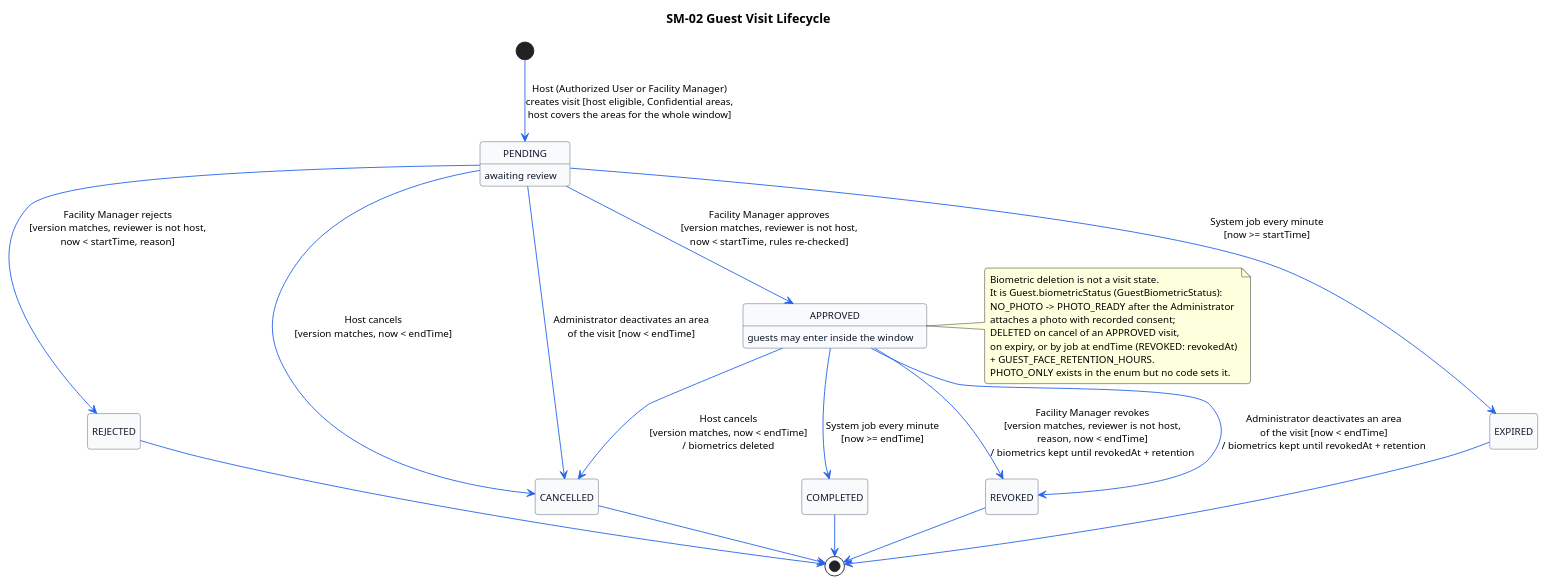
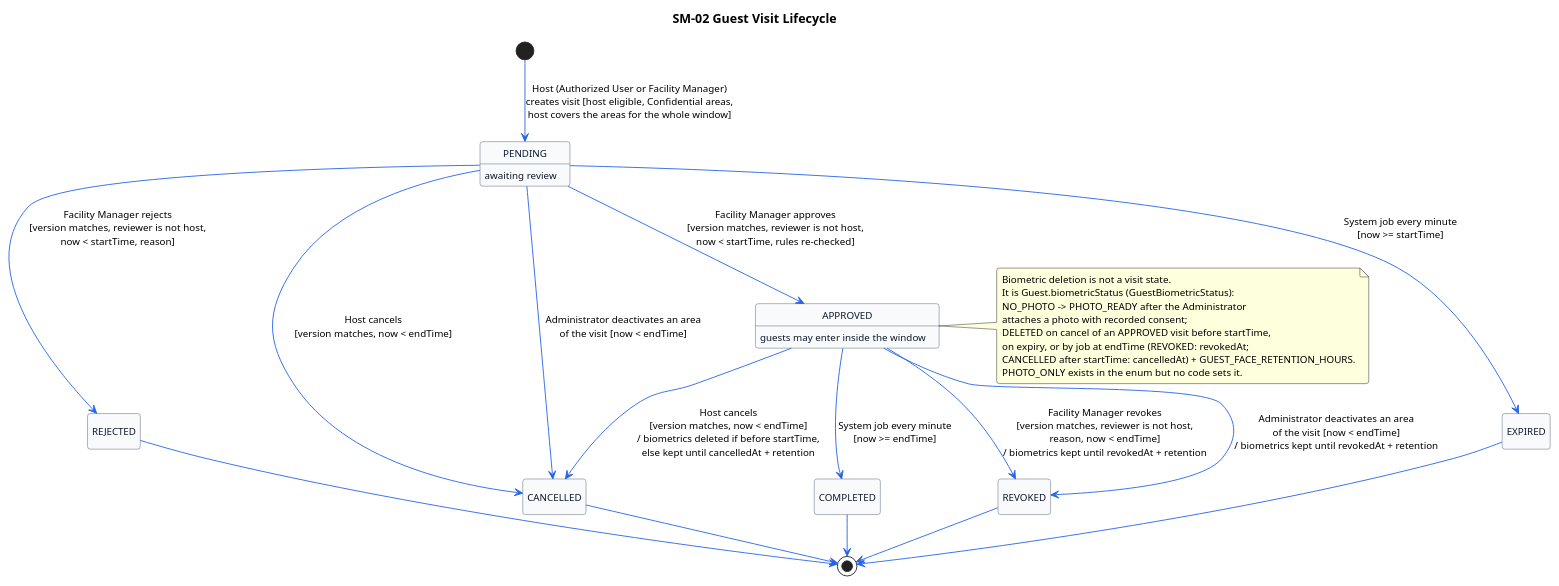
Before and after one commit to AnhHao2505/AI-Based-Intelligent-Campus-Security-Surveillance-System: the diagram in docs/diagrams/state-guest-visit.puml, drawn with PlantUML. The commit also changed 12 other files, not shown here.

Commit message:
fix(guest): cancelling a started visit keeps biometrics for the retention period

```diff
--- a/docs/diagrams/state-guest-visit.puml
+++ b/docs/diagrams/state-guest-visit.puml
@@ -1,59 +1,59 @@
 @startuml state-guest-visit
 ' Title: SM-02 Guest visit lifecycle (PlantUML version of state-guest-visit.mmd, keep both in sync)
 ' Source: enums/GuestVisitStatus.java, service/GuestVisitService.java (create, review, cancel, revoke,
 '   closeForAreaDeactivation), service/GuestVisitJobService.java, scheduler/GuestVisitScheduler.java · Generated from main @ e474968
 skinparam backgroundColor #FFFFFF
 skinparam defaultFontName Arial
 skinparam defaultFontSize 11
 skinparam roundCorner 6
 skinparam shadowing false
 skinparam nodesep 65
 skinparam ranksep 45
 skinparam stateStartColor #000000
 skinparam stateEndColor #000000
 skinparam stateBackgroundColor #F8FAFC
 skinparam stateBorderColor #475569
 skinparam stateFontColor #0F172A
 skinparam stateArrowColor #2563EB
 hide empty description
 
 title SM-02 Guest Visit Lifecycle
 
 state PENDING : awaiting review
 state APPROVED : guests may enter inside the window
 state REJECTED
 state CANCELLED
 state REVOKED
 state EXPIRED
 state COMPLETED
 
 [*] --> PENDING : Host (Authorized User or Facility Manager)\ncreates visit [host eligible, Confidential areas,\nhost covers the areas for the whole window]
 
 PENDING --> APPROVED : Facility Manager approves\n[version matches, reviewer is not host,\nnow < startTime, rules re-checked]
 PENDING --> REJECTED : Facility Manager rejects\n[version matches, reviewer is not host,\nnow < startTime, reason]
 PENDING --> CANCELLED : Host cancels\n[version matches, now < endTime]
 PENDING --> CANCELLED : Administrator deactivates an area\nof the visit [now < endTime]
 PENDING --> EXPIRED : System job every minute\n[now >= startTime]
 
-APPROVED --> CANCELLED : Host cancels\n[version matches, now < endTime]\n/ biometrics deleted
+APPROVED --> CANCELLED : Host cancels\n[version matches, now < endTime]\n/ biometrics deleted if before startTime,\nelse kept until cancelledAt + retention
 APPROVED --> REVOKED : Facility Manager revokes\n[version matches, reviewer is not host,\nreason, now < endTime]\n/ biometrics kept until revokedAt + retention
 APPROVED --> REVOKED : Administrator deactivates an area\nof the visit [now < endTime]\n/ biometrics kept until revokedAt + retention
 APPROVED --> COMPLETED : System job every minute\n[now >= endTime]
 
 REJECTED --> [*]
 CANCELLED --> [*]
 REVOKED --> [*]
 EXPIRED --> [*]
 COMPLETED --> [*]
 
 note right of APPROVED
   Biometric deletion is not a visit state.
   It is Guest.biometricStatus (GuestBiometricStatus):
   NO_PHOTO -> PHOTO_READY after the Administrator
   attaches a photo with recorded consent;
-  DELETED on cancel of an APPROVED visit,
-  on expiry, or by job at endTime (REVOKED: revokedAt)
-  + GUEST_FACE_RETENTION_HOURS.
+  DELETED on cancel of an APPROVED visit before startTime,
+  on expiry, or by job at endTime (REVOKED: revokedAt;
+  CANCELLED after startTime: cancelledAt) + GUEST_FACE_RETENTION_HOURS.
   PHOTO_ONLY exists in the enum but no code sets it.
 end note
 @enduml
```
